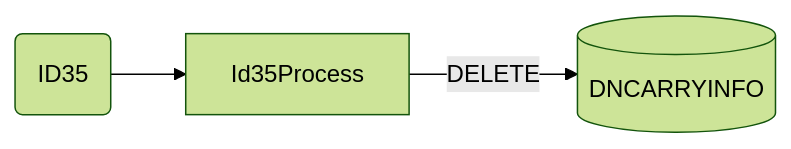
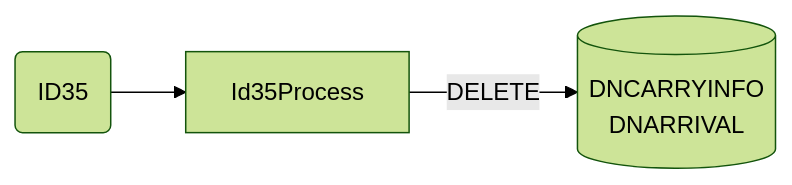
One commit to luthfiadityaa/SimeDarby-Wiki changed the seventh of 14 diagrams in Basic-Design/DFD-WMS/Retrieval/Stacked-Empty-Pallet.md. Above: the diagram before and after it, drawn with Mermaid (forest theme).

Commit message:
Updated Stacked Empty Pallet

```diff
--- a/Basic-Design/DFD-WMS/Retrieval/Stacked-Empty-Pallet.md
+++ b/Basic-Design/DFD-WMS/Retrieval/Stacked-Empty-Pallet.md
@@ -190,16 +190,17 @@
 ::: mermaid
 flowchart LR
 
     tableList-delete[("
         DNCARRYINFO
+        DNARRIVAL
     ")]
 
     id66msg("
      ID35
     ")
 
     id66msg-->Id35Process--> |DELETE| tableList-delete
 
     classDef leftAlign text-align:left;
     class input leftAlign;
 :::
```
